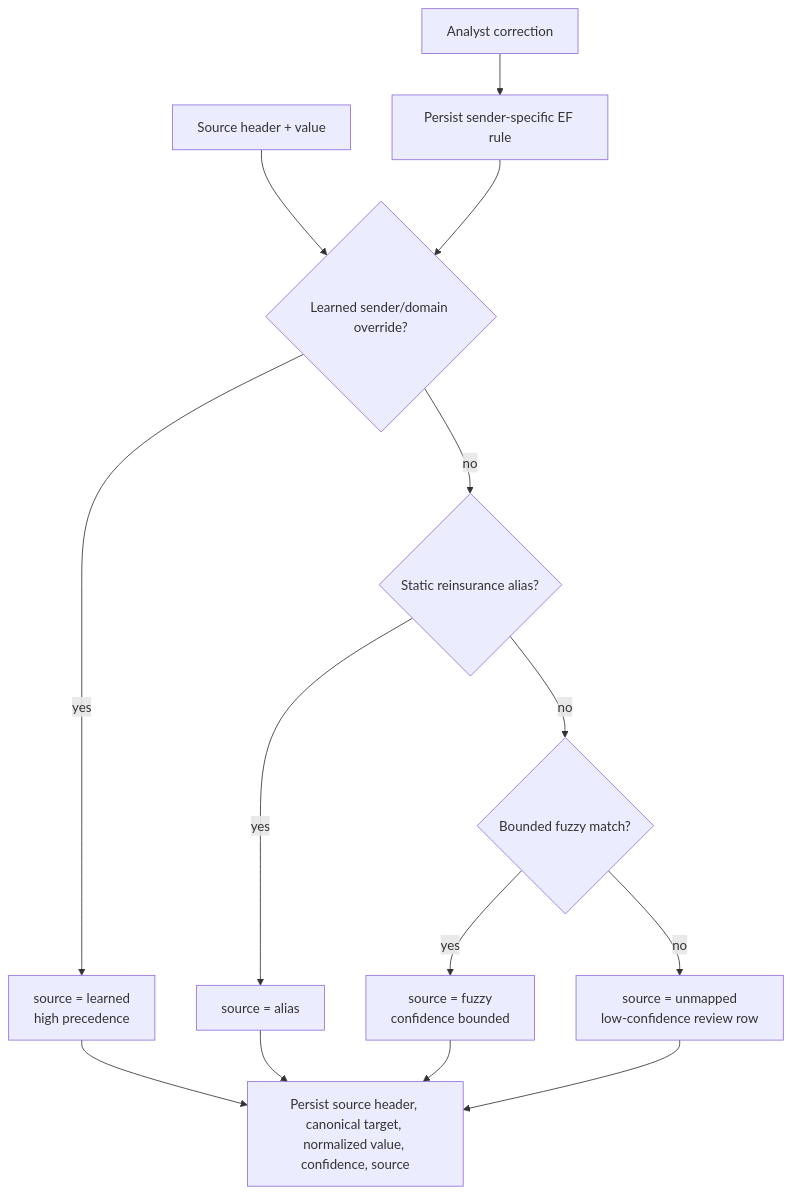
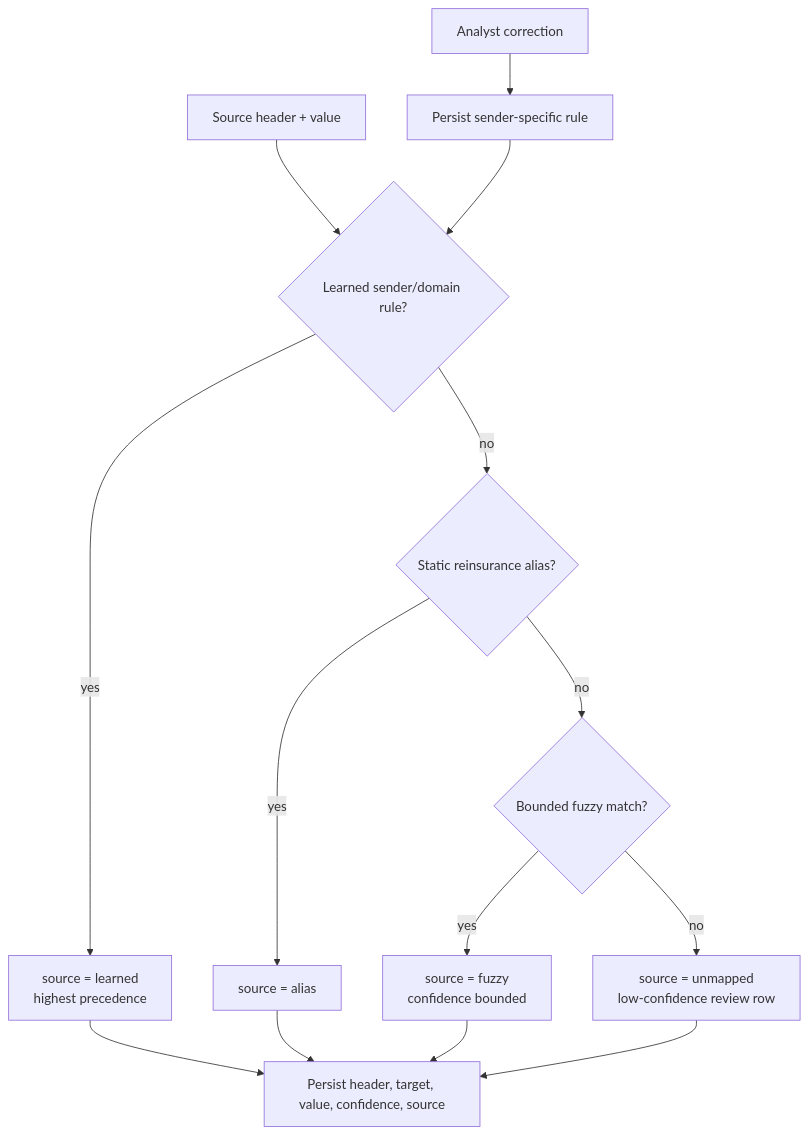
Before and after one commit to xt0n1-t3ch/Reva: the second of 2 diagrams in docs/ai-pipeline.md, drawn with Mermaid. The commit also changed other lines of this file and 95 other files, not shown here.

````diff
--- a/docs/ai-pipeline.md
+++ b/docs/ai-pipeline.md
@@ -57,15 +80,15 @@
 ```mermaid
 flowchart TB
-  Header["Source header + value"] --> Learned{"Learned sender/domain override?"}
-  Learned -->|yes| UseLearned["source = learned<br/>high precedence"]
+  Header["Source header + value"] --> Learned{"Learned sender/domain rule?"}
+  Learned -->|yes| UseLearned["source = learned<br/>highest precedence"]
   Learned -->|no| Alias{"Static reinsurance alias?"}
   Alias -->|yes| UseAlias["source = alias"]
   Alias -->|no| Fuzzy{"Bounded fuzzy match?"}
   Fuzzy -->|yes| UseFuzzy["source = fuzzy<br/>confidence bounded"]
   Fuzzy -->|no| Unmapped["source = unmapped<br/>low-confidence review row"]
-  UseLearned --> Record["Persist source header, canonical target, normalized value, confidence, source"]
+  UseLearned --> Record["Persist header, target, value, confidence, source"]
   UseAlias --> Record
   UseFuzzy --> Record
   Unmapped --> Record
-  Correction["Analyst correction"] --> Learn["Persist sender-specific EF rule"] --> Learned
+  Correction["Analyst correction"] --> Learn["Persist sender-specific rule"] --> Learned
 ```
````
